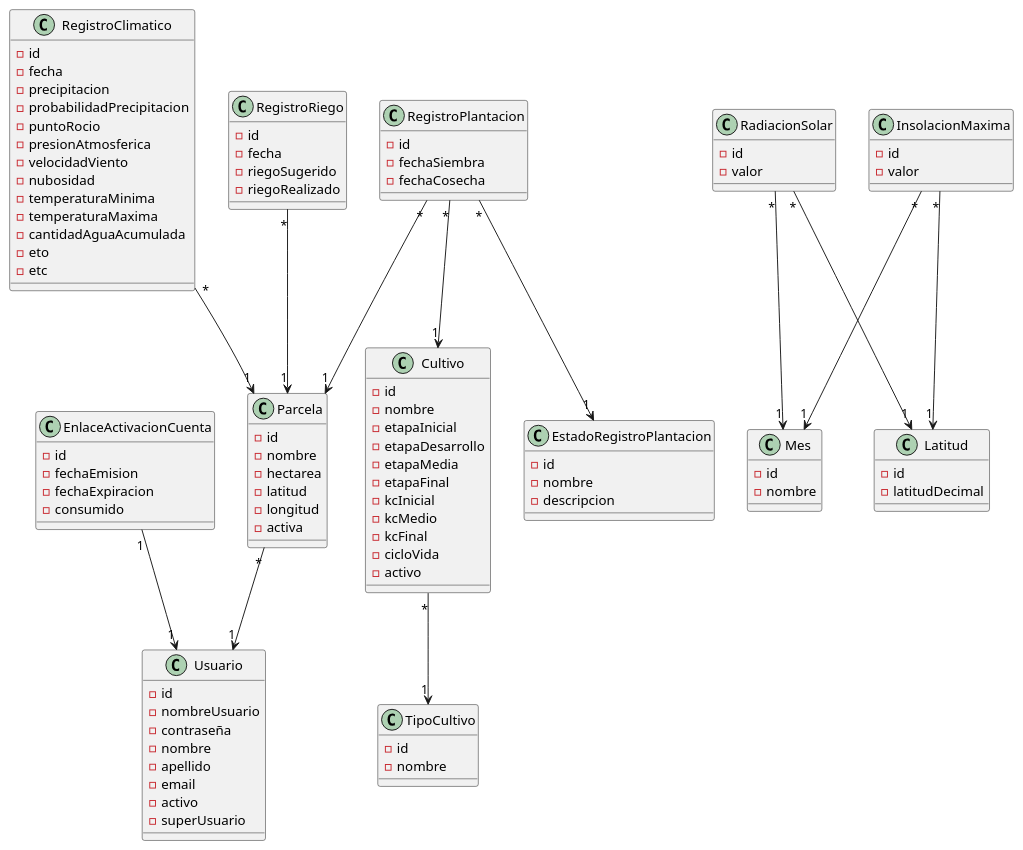
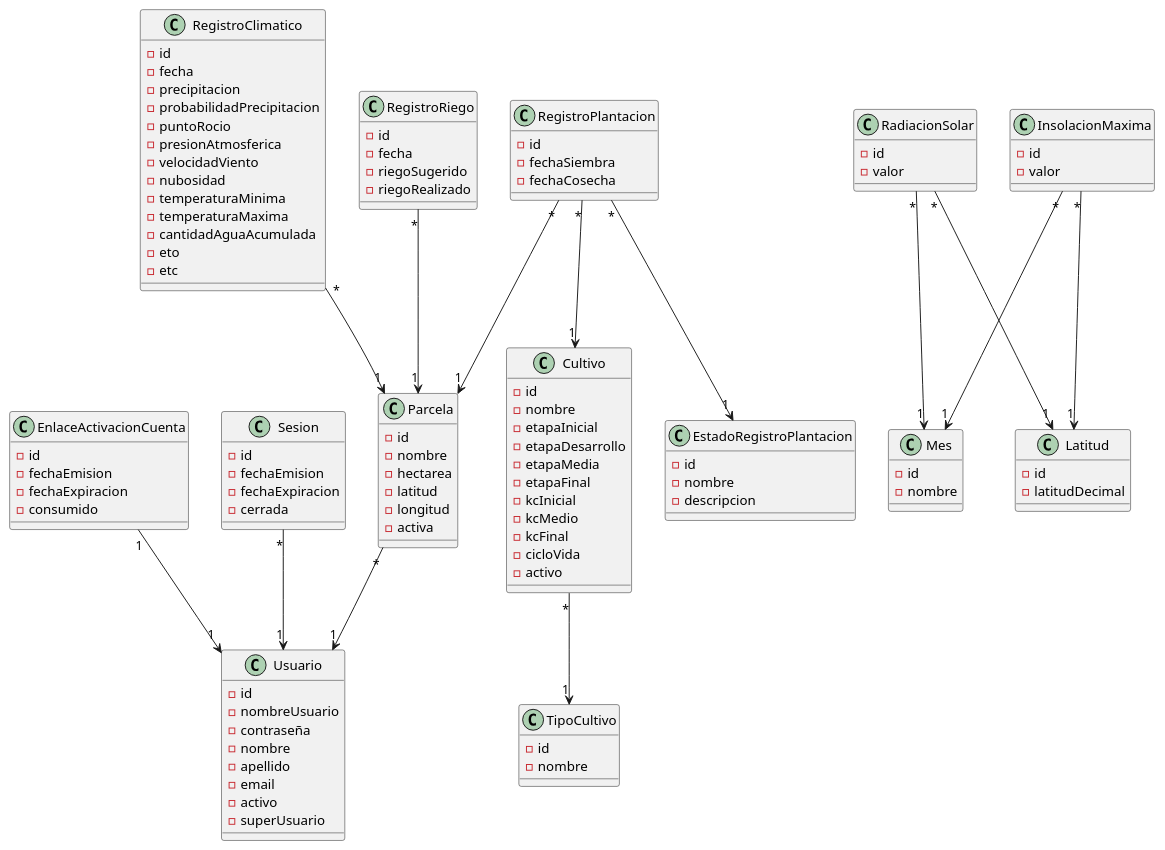
Before and after one commit to facundopaez-dev/sistema-web-riego: the diagram in domain model/Modelo de dominio.pu, drawn with PlantUML. The commit also changed 1 other file, not shown here.

Commit message:
Modelo de datos Sesion agregado al modelo de dominio

```diff
--- a/domain model/Modelo de dominio.pu
+++ b/domain model/Modelo de dominio.pu
@@ -1,117 +1,125 @@
 @startuml
 
 Parcela "*"-->"1" Usuario
 RegistroClimatico "*"-->"1" Parcela
 RegistroRiego "*"-->"1" Parcela
 RegistroPlantacion "*"-->"1" Parcela
 RegistroPlantacion "*"-->"1" Cultivo
 RegistroPlantacion "*"-->"1" EstadoRegistroPlantacion
 RadiacionSolar "*"-->"1" Mes
 RadiacionSolar "*"-->"1" Latitud
 InsolacionMaxima "*"-->"1" Mes
 InsolacionMaxima "*"-->"1" Latitud
 Cultivo "*"-->"1" TipoCultivo
 EnlaceActivacionCuenta "1" --> "1" Usuario
+Sesion "*" --> "1" Usuario
 
 class Parcela {
 -id
 -nombre
 -hectarea
 -latitud
 -longitud
 -activa
 }
 
 class Cultivo {
 -id
 -nombre
 -etapaInicial
 -etapaDesarrollo
 -etapaMedia
 -etapaFinal
 -kcInicial
 -kcMedio
 -kcFinal
 -cicloVida
 -activo
 }
 
 class TipoCultivo {
 -id
 -nombre
 }
 
 class RegistroClimatico {
 -id
 -fecha
 -precipitacion
 -probabilidadPrecipitacion
 -puntoRocio
 -presionAtmosferica
 -velocidadViento
 -nubosidad
 -temperaturaMinima
 -temperaturaMaxima
 -cantidadAguaAcumulada
 -eto
 -etc
 }
 
 class RegistroPlantacion {
 -id
 -fechaSiembra
 -fechaCosecha
 }
 
 class RegistroRiego {
 -id
 -fecha
 -riegoSugerido
 -riegoRealizado
 }
 
 class Usuario {
 -id
 -nombreUsuario
 -contraseña
 -nombre
 -apellido
 -email
 -activo
 -superUsuario
 }
 
 class EstadoRegistroPlantacion {
 -id
 -nombre
 -descripcion
 }
 
 class Mes {
 -id
 -nombre
 }
 
 class Latitud {
 -id
 -latitudDecimal
 }
 
 class RadiacionSolar {
 -id
 -valor
 }
 
 class InsolacionMaxima {
 -id
 -valor
 }
 
 class EnlaceActivacionCuenta {
 -id
 -fechaEmision
 -fechaExpiracion
 -consumido
 }
 
+class Sesion {
+-id
+-fechaEmision
+-fechaExpiracion
+-cerrada
+}
+
 @enduml
```
